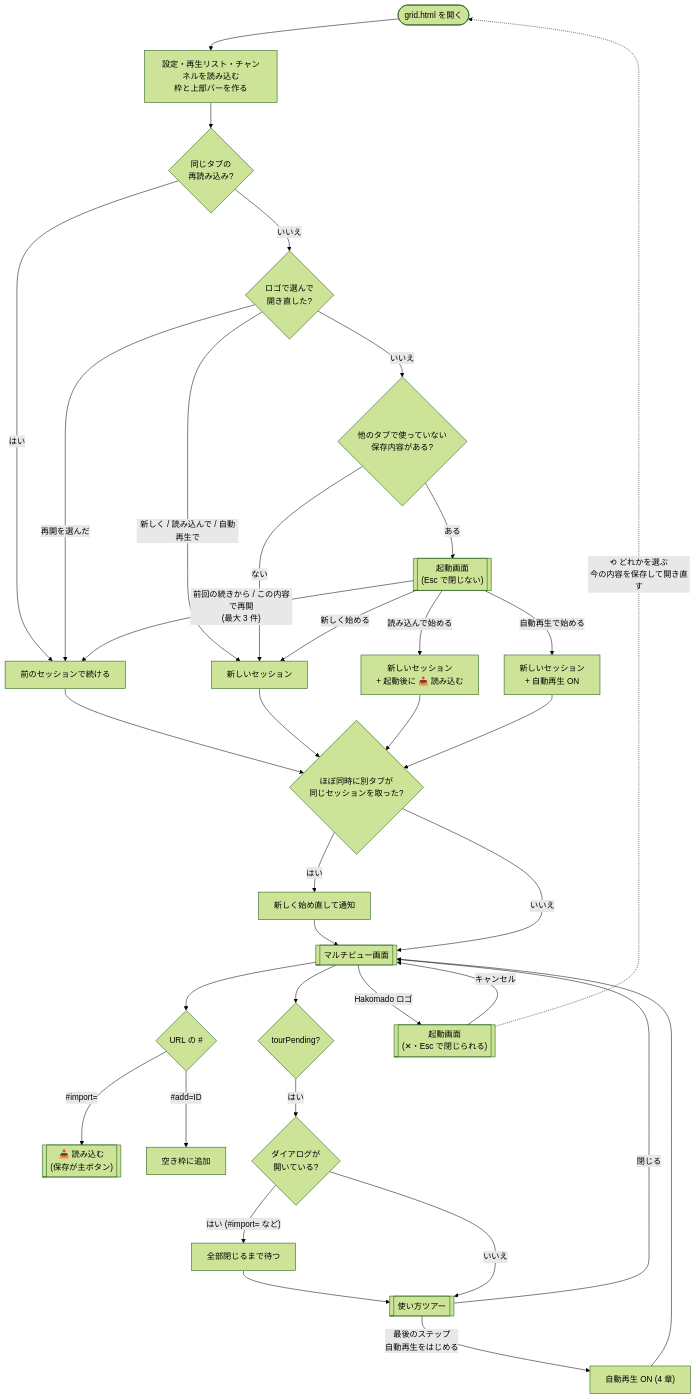
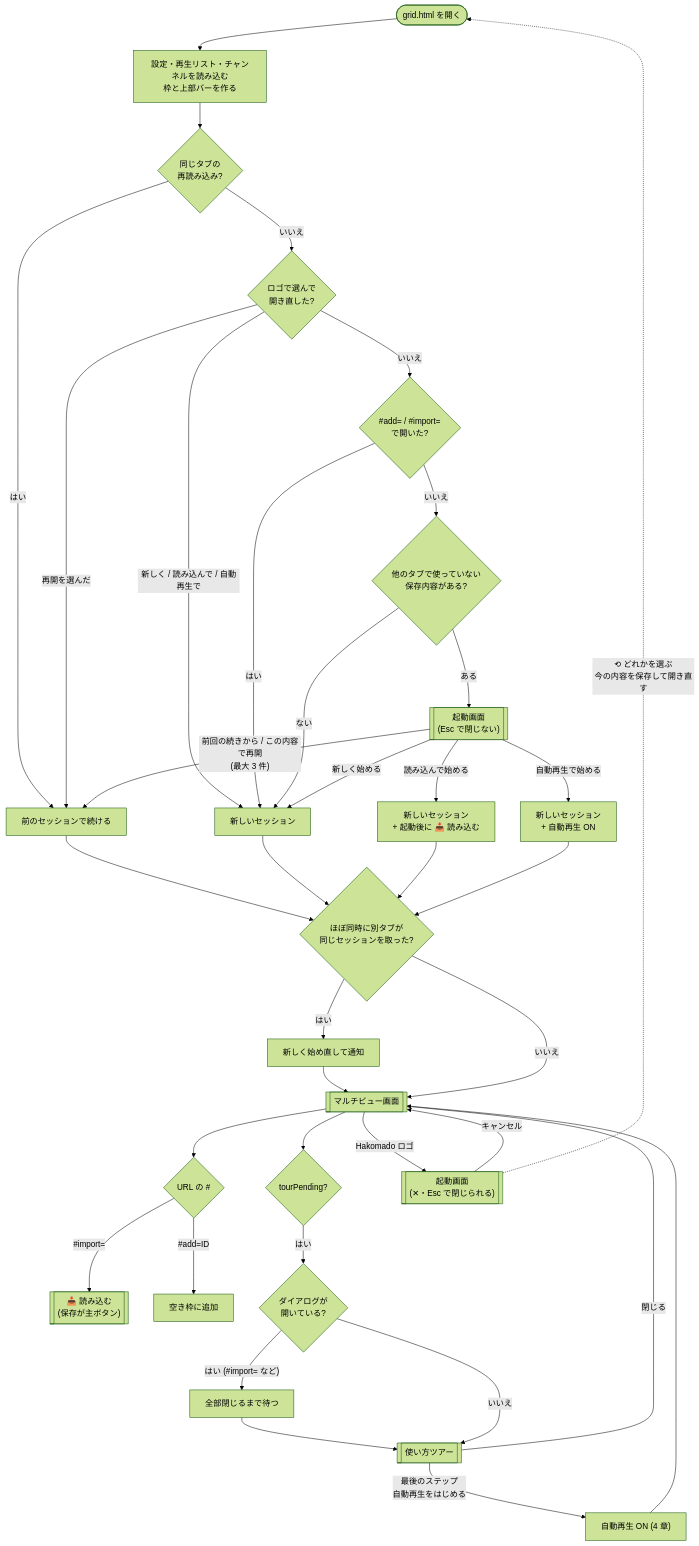
Before and after one commit to contee213/hakomado: the second of 5 diagrams in docs/screen-flow.md, drawn with Mermaid (forest theme). The commit also changed other lines of this file and 6 other files, not shown here.

````diff
--- a/docs/screen-flow.md
+++ b/docs/screen-flow.md
@@ -40,31 +41,33 @@
 ```mermaid
 flowchart TD
   S(["grid.html を開く"]) --> M["設定・再生リスト・チャンネルを読み込む<br>枠と上部バーを作る"]
   M --> R1{"同じタブの<br>再読み込み?"}
   R1 -- "はい" --> RES["前のセッションで続ける"]
   R1 -- "いいえ" --> R2{"ロゴで選んで<br>開き直した?"}
   R2 -- "再開を選んだ" --> RES
   R2 -- "新しく / 読み込んで / 自動再生で" --> NEW["新しいセッション"]
-  R2 -- "いいえ" --> R3{"他のタブで使っていない<br>保存内容がある?"}
+  R2 -- "いいえ" --> RH{"#add= / #import=<br>で開いた?"}
+  RH -- "はい" --> NEW
+  RH -- "いいえ" --> R3{"他のタブで使っていない<br>保存内容がある?"}
   R3 -- "ない" --> NEW
   R3 -- "ある" --> SD[["起動画面<br>(Esc で閉じない)"]]
   SD -- "前回の続きから / この内容で再開<br>(最大 3 件)" --> RES
   SD -- "新しく始める" --> NEW
   SD -- "読み込んで始める" --> NEWR["新しいセッション<br>+ 起動後に 📥 読み込む"]
   SD -- "自動再生で始める" --> NEWA["新しいセッション<br>+ 自動再生 ON"]
   RES & NEW & NEWR & NEWA --> CL{"ほぼ同時に別タブが<br>同じセッションを取った?"}
   CL -- "はい" --> NEW2["新しく始め直して通知"] --> MAIN
   CL -- "いいえ" --> MAIN[["マルチビュー画面"]]
   MAIN --> H{"URL の #"}
   H -- "#import=" --> RD[["📥 読み込む<br>(保存が主ボタン)"]]
   H -- "#add=ID" --> ADD["空き枠に追加"]
   MAIN --> T{"tourPending?"}
   T -- "はい" --> TW{"ダイアログが<br>開いている?"}
   TW -- "はい (#import= など)" --> TW2["全部閉じるまで待つ"] --> TOUR
   TW -- "いいえ" --> TOUR[["使い方ツアー"]]
   TOUR -- "閉じる" --> MAIN
   TOUR -- "最後のステップ<br>自動再生をはじめる" --> AON["自動再生 ON (4 章)"] --> MAIN
   MAIN -- "Hakomado ロゴ" --> LG[["起動画面<br>(✕・Esc で閉じられる)"]]
   LG -- "キャンセル" --> MAIN
   LG -. "⟲ どれかを選ぶ<br>今の内容を保存して開き直す" .-> S
 ```
````
